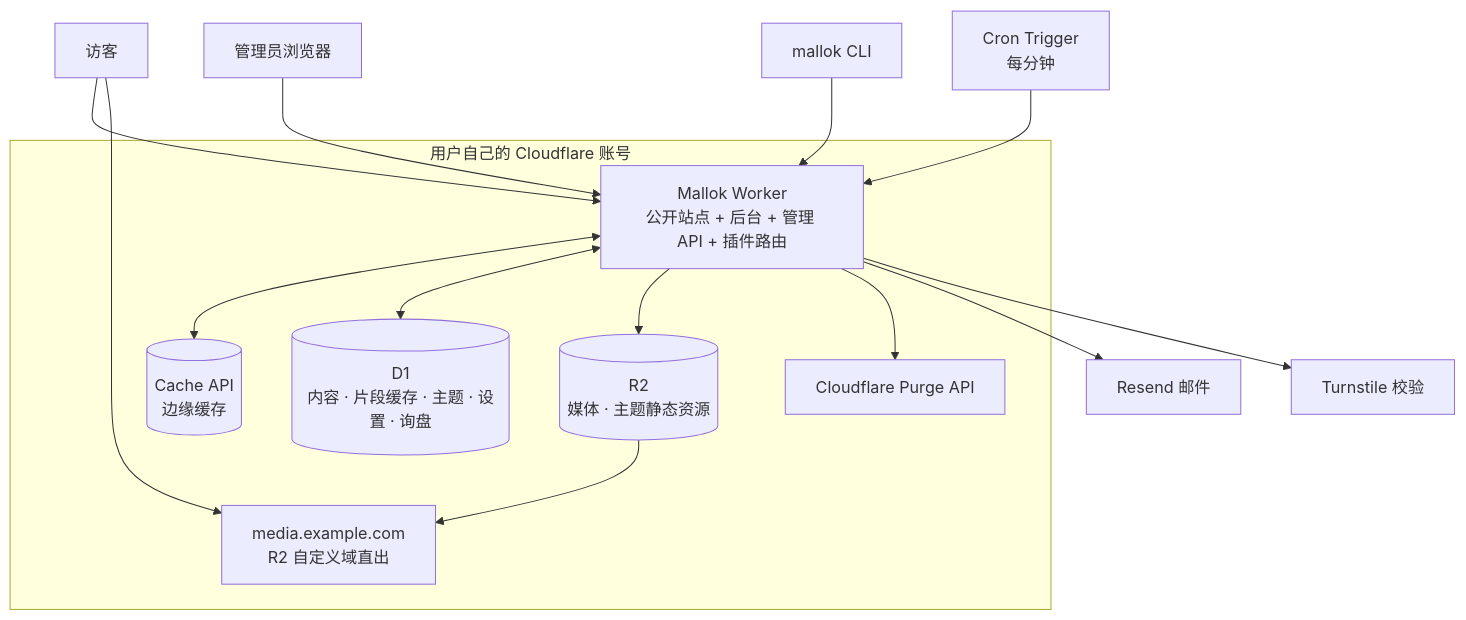
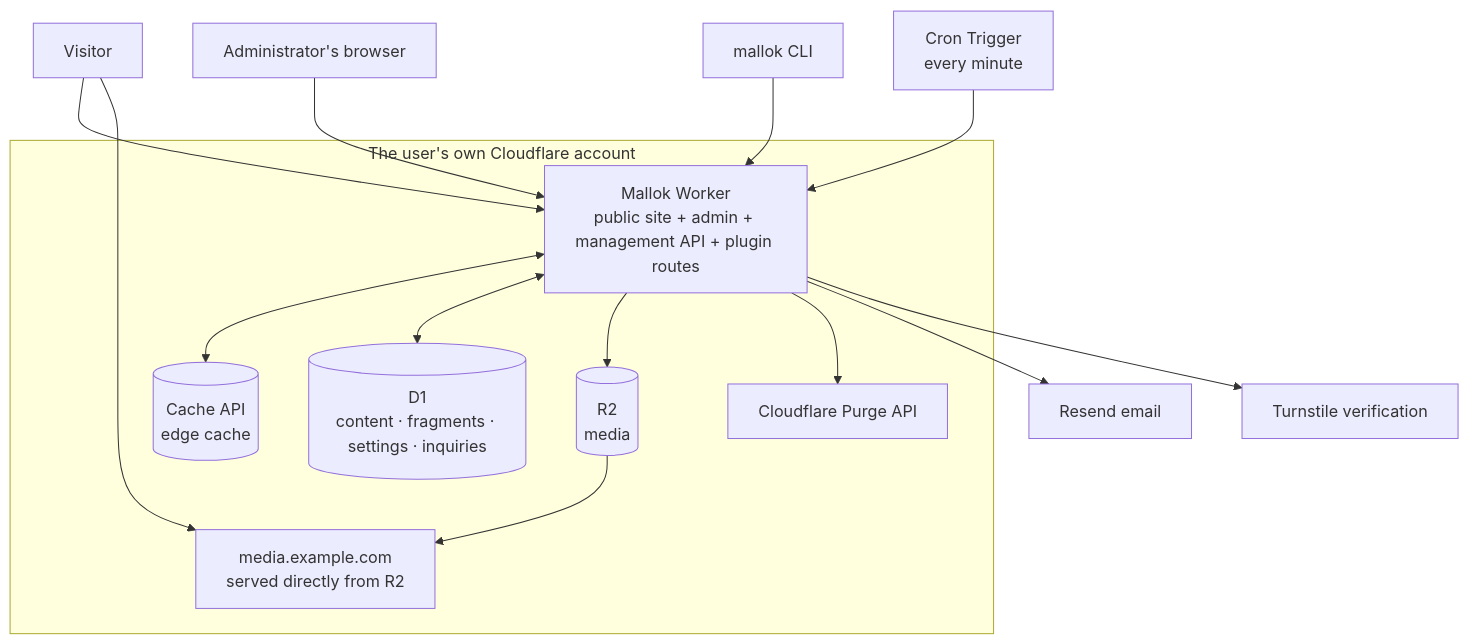
The diagram in docs/ARCHITECTURE.md (fobstack/mallok), drawn with Mermaid before and after one commit. The commit also changed other lines of this file and 2 other files, not shown here.

First line of the commit message:
docs: translate the architecture baseline to English

````diff
--- a/docs/ARCHITECTURE.md
+++ b/docs/ARCHITECTURE.md
@@ -44,19 +74,19 @@
 ```mermaid
 flowchart TB
-  Visitor[访客] --> Worker
-  Visitor --> R2Domain[media.example.com<br/>R2 自定义域直出]
-  Admin[管理员浏览器] --> Worker
+  Visitor[Visitor] --> Worker
+  Visitor --> R2Domain[media.example.com<br/>served directly from R2]
+  Admin[Administrator's browser] --> Worker
   CLI[mallok CLI] --> Worker
-  Cron[Cron Trigger<br/>每分钟] --> Worker
+  Cron[Cron Trigger<br/>every minute] --> Worker
 
-  subgraph CF["用户自己的 Cloudflare 账号"]
-    Worker["Mallok Worker<br/>公开站点 + 后台 + 管理 API + 插件路由"]
-    Worker <--> Cache[(Cache API<br/>边缘缓存)]
-    Worker <--> D1[(D1<br/>内容 · 片段缓存 · 主题 · 设置 · 询盘)]
-    Worker --> R2[(R2<br/>媒体 · 主题静态资源)]
+  subgraph CF["The user's own Cloudflare account"]
+    Worker["Mallok Worker<br/>public site + admin + management API + plugin routes"]
+    Worker <--> Cache[(Cache API<br/>edge cache)]
+    Worker <--> D1[(D1<br/>content · fragments · settings · inquiries)]
+    Worker --> R2[(R2<br/>media)]
     R2 --> R2Domain
     Worker --> Purge[Cloudflare Purge API]
   end
-  Worker --> Resend[Resend 邮件]
-  Worker --> Turnstile[Turnstile 校验]
+  Worker --> Resend[Resend email]
+  Worker --> Turnstile[Turnstile verification]
 ```
````
